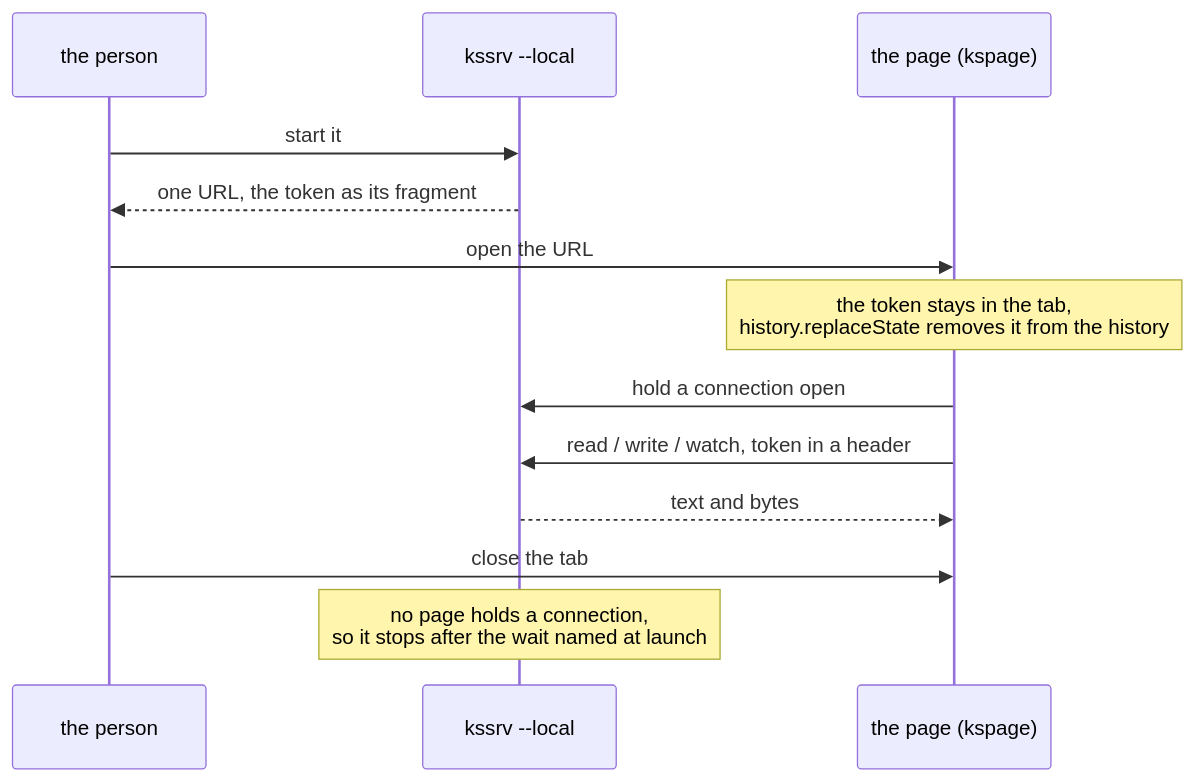
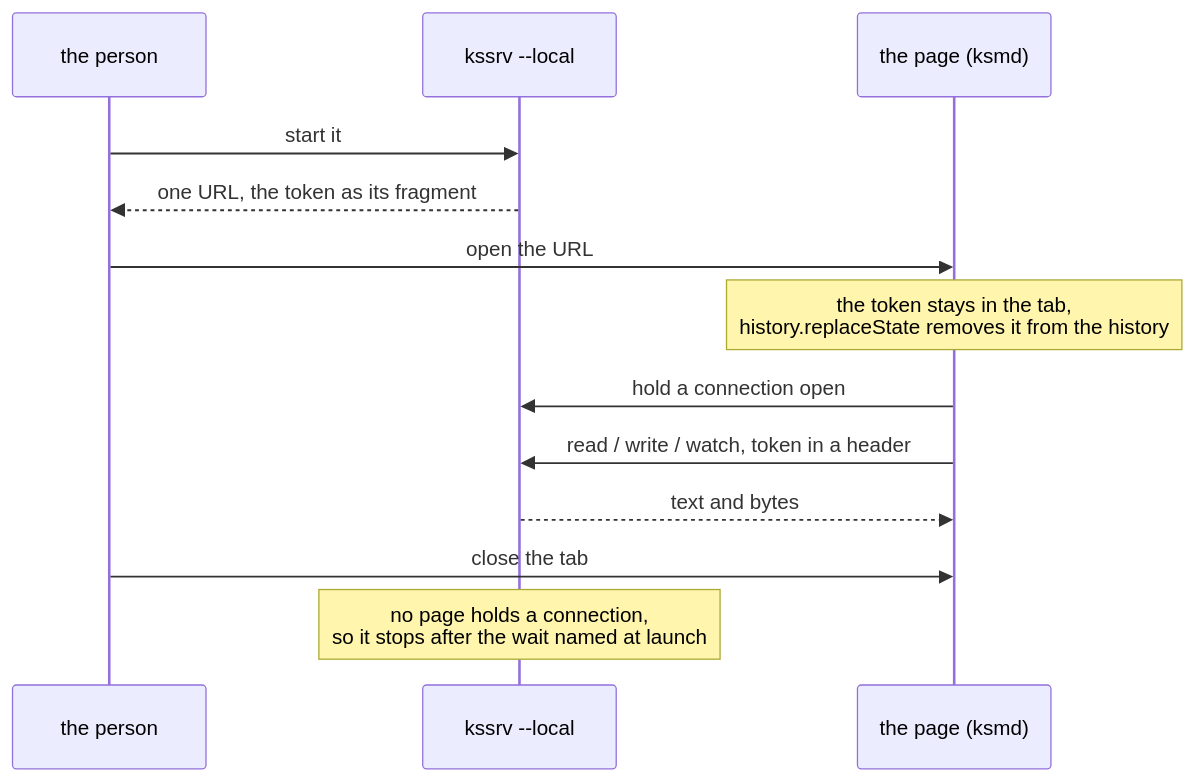
The second of 5 diagrams in docs/DESIGN-repository.md (kansosystem-org/kspl-experimental), drawn with Mermaid before and after one commit. The commit also changed other lines of this file and 692 other files, not shown here.

````diff
--- a/docs/DESIGN-repository.md
+++ b/docs/DESIGN-repository.md
@@ -366,15 +366,15 @@
 ```mermaid
 sequenceDiagram
     participant U as the person
     participant S as kssrv --local
-    participant P as the page (kspage)
+    participant P as the page (ksmd)
     U->>S: start it
     S-->>U: one URL, the token as its fragment
     U->>P: open the URL
     Note over P: the token stays in the tab,<br/>history.replaceState removes it from the history
     P->>S: hold a connection open
     P->>S: read / write / watch, token in a header
     S-->>P: text and bytes
     U->>P: close the tab
     Note over S: no page holds a connection,<br/>so it stops after the wait named at launch
 ```
````
